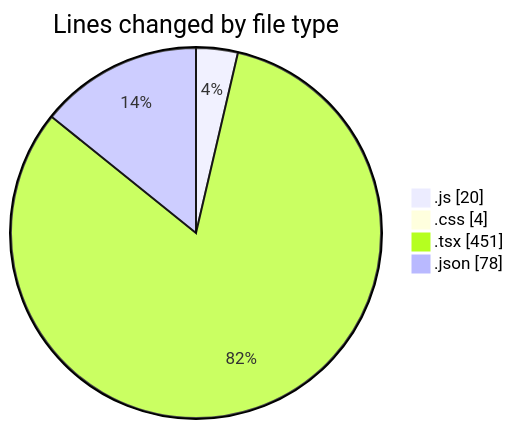
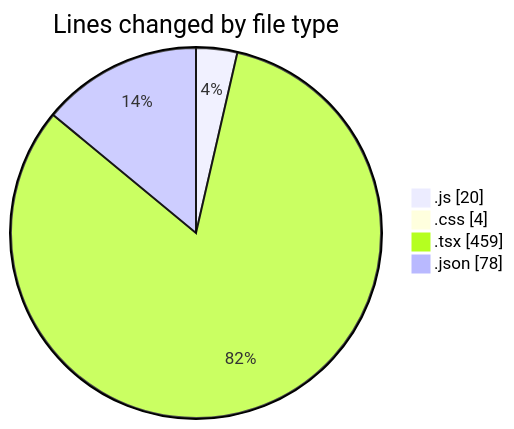
The first of 2 diagrams in 2025-06-19/scopecraft/README.md (Ritupan-Deka/code-tracking), drawn with Mermaid before and after one commit. The commit also changed other lines of this file and 1 other file, not shown here.

````diff
--- a/2025-06-19/scopecraft/README.md
+++ b/2025-06-19/scopecraft/README.md
@@ -33,8 +33,8 @@
 ```mermaid
 pie showData
 title Lines changed by file type
 ".js" : 20
 ".css" : 4
-".tsx" : 451
+".tsx" : 459
 ".json" : 78
 ```
````
